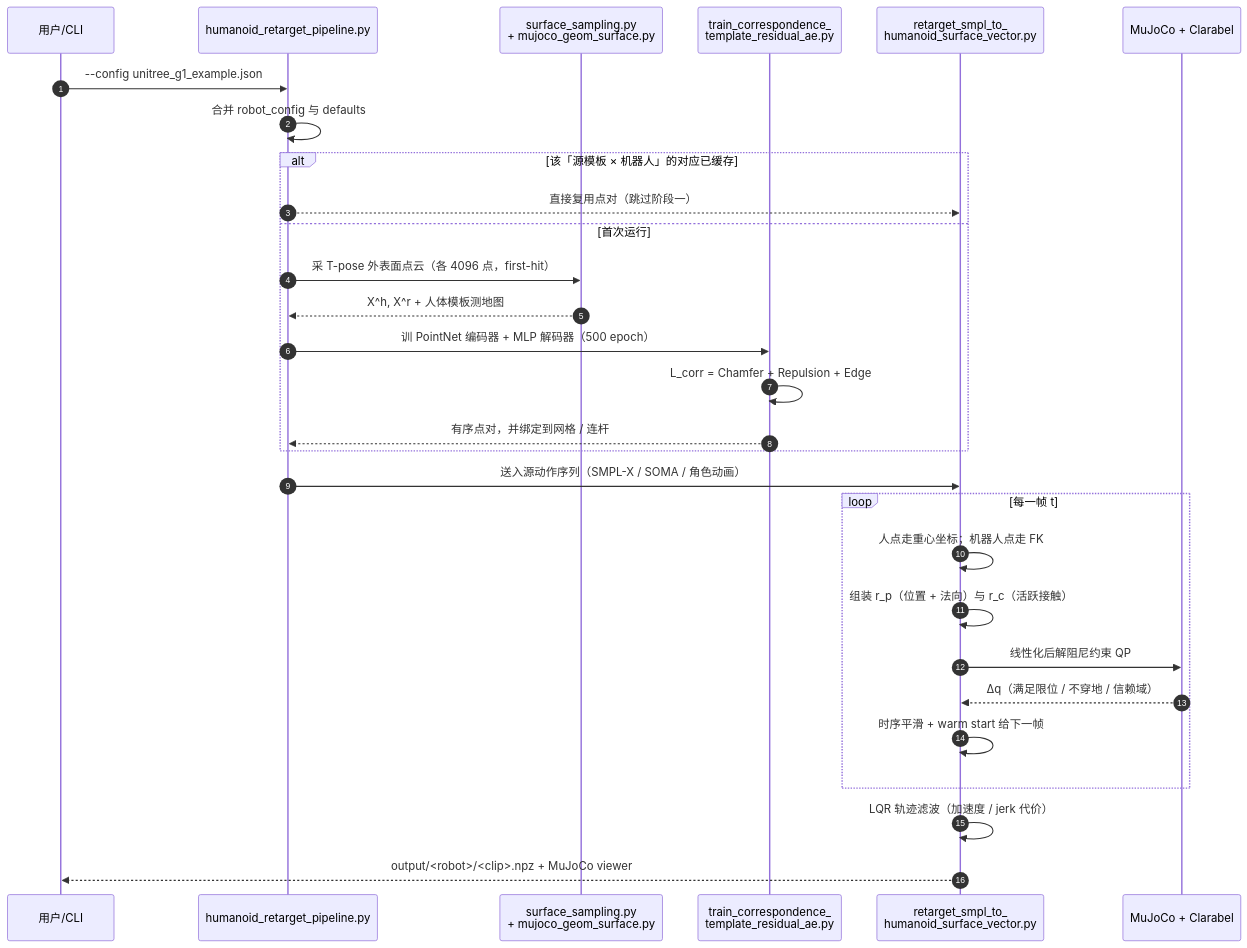
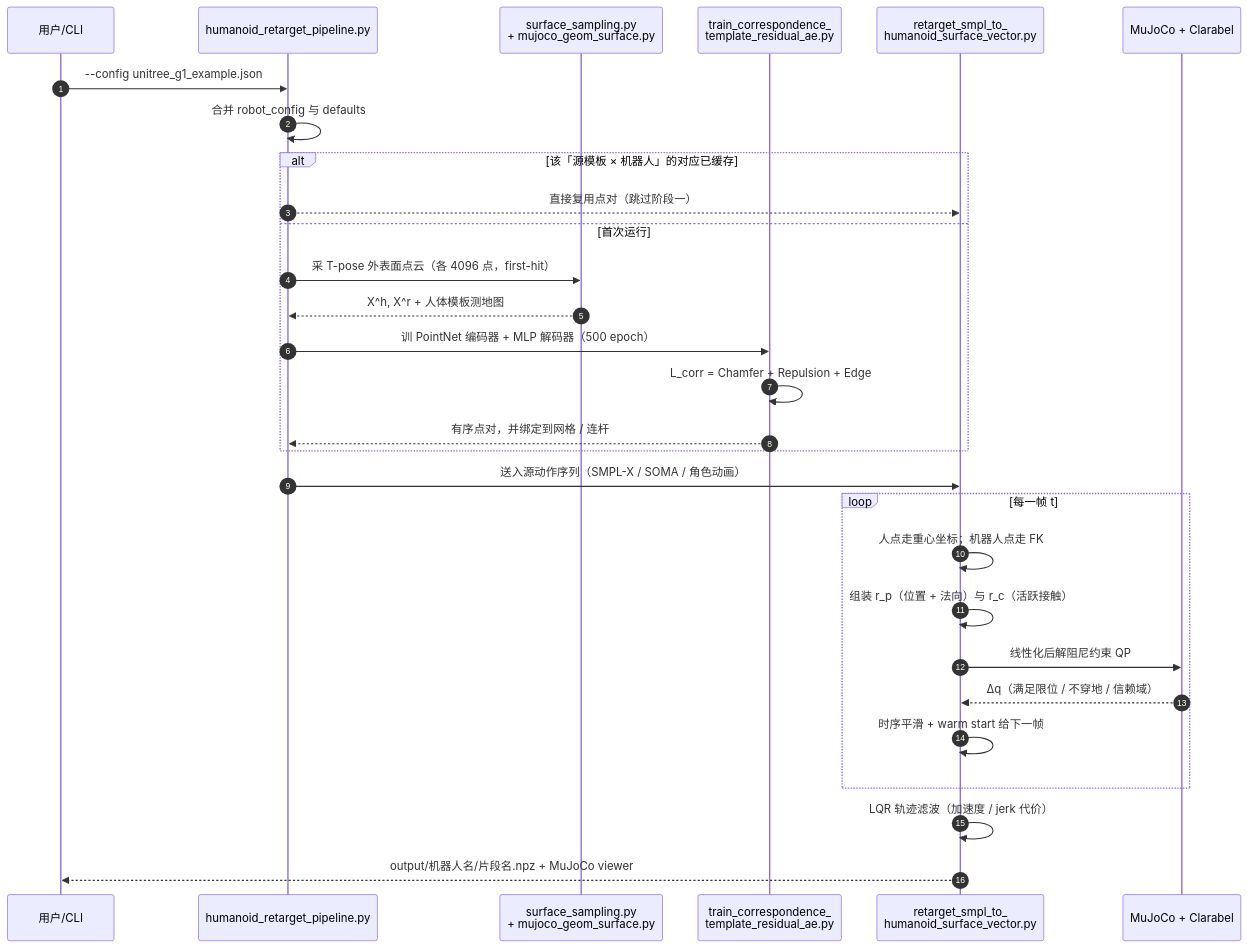
Before and after one commit to ImChong/Robot_Learning_Paper_Notebooks: the second of 2 diagrams in papers/02_Motion_Retargeting/UMR__Unified_Motion_Retargeting_with_Learned_Point_Cloud_Correspondence/UMR__Unified_Motion_Retargeting_with_Learned_Point_Cloud_Correspondence.md, drawn with Mermaid.

Commit message:
fix(UMR): 时序图里去掉尖括号占位符，避免 kramdown 把后续正文吞进 HTML 块
`<robot>` / `<clip>` 会被 kramdown 当成未闭合的 HTML 标签，导致 mermaid 块
一直不收口：时序图报 syntax error，其后的正文也以原始 Markdown 形式漏出。

```diff
--- a/papers/02_Motion_Retargeting/UMR__Unified_Motion_Retargeting_with_Learned_Point_Cloud_Correspondence/UMR__Unified_Motion_Retargeting_with_Learned_Point_Cloud_Correspondence.md
+++ b/papers/02_Motion_Retargeting/UMR__Unified_Motion_Retargeting_with_Learned_Point_Cloud_Correspondence/UMR__Unified_Motion_Retargeting_with_Learned_Point_Cloud_Correspondence.md
@@ -373,33 +373,33 @@
 <div class="mermaid">
 sequenceDiagram
     autonumber
     participant U as 用户/CLI
     participant P as humanoid_retarget_pipeline.py
     participant S as surface_sampling.py<br/>+ mujoco_geom_surface.py
     participant T as train_correspondence_<br/>template_residual_ae.py
     participant R as retarget_smpl_to_<br/>humanoid_surface_vector.py
     participant M as MuJoCo + Clarabel
 
     U->>P: --config unitree_g1_example.json
     P->>P: 合并 robot_config 与 defaults
     alt 该「源模板 × 机器人」的对应已缓存
         P-->>R: 直接复用点对（跳过阶段一）
     else 首次运行
         P->>S: 采 T-pose 外表面点云（各 4096 点，first-hit）
         S-->>P: X^h, X^r + 人体模板测地图
         P->>T: 训 PointNet 编码器 + MLP 解码器（500 epoch）
         T->>T: L_corr = Chamfer + Repulsion + Edge
         T-->>P: 有序点对，并绑定到网格 / 连杆
     end
 
     P->>R: 送入源动作序列（SMPL-X / SOMA / 角色动画）
     loop 每一帧 t
         R->>R: 人点走重心坐标；机器人点走 FK
         R->>R: 组装 r_p（位置 + 法向）与 r_c（活跃接触）
         R->>M: 线性化后解阻尼约束 QP
         M-->>R: Δq（满足限位 / 不穿地 / 信赖域）
         R->>R: 时序平滑 + warm start 给下一帧
     end
     R->>R: LQR 轨迹滤波（加速度 / jerk 代价）
-    R-->>U: output/<robot>/<clip>.npz + MuJoCo viewer
+    R-->>U: output/机器人名/片段名.npz + MuJoCo viewer
 </div>
```
